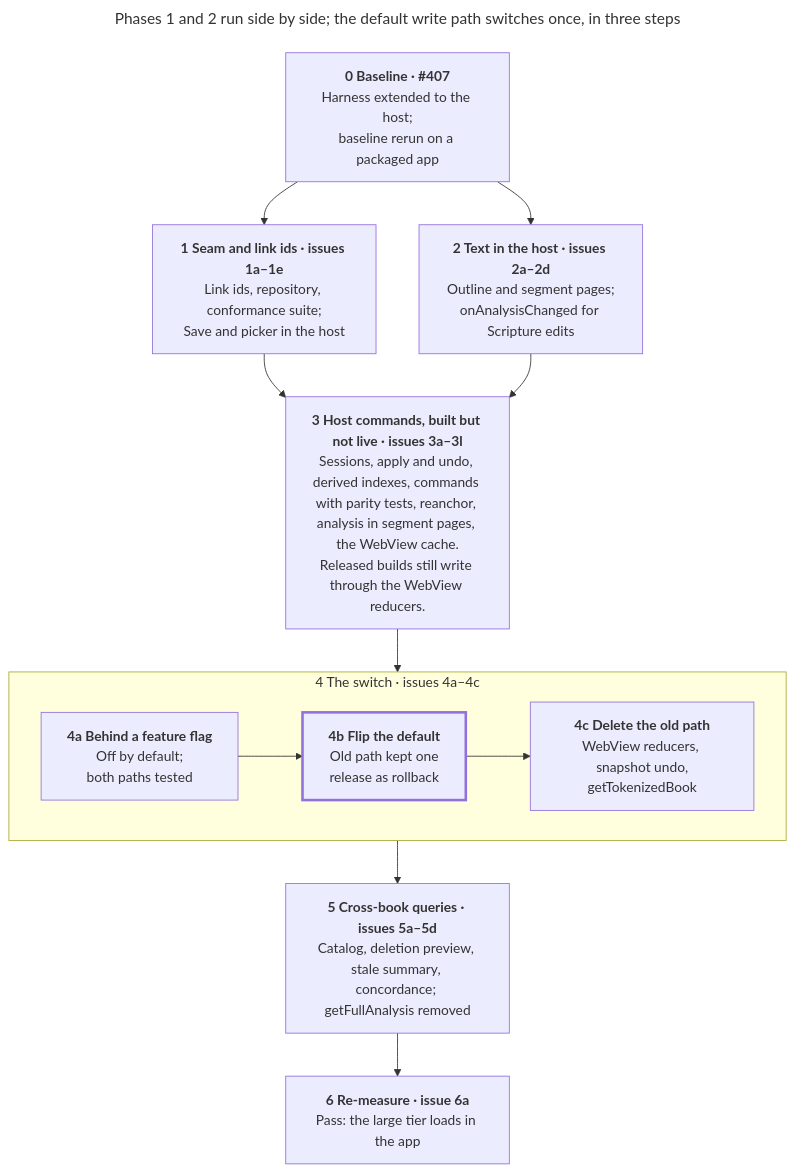
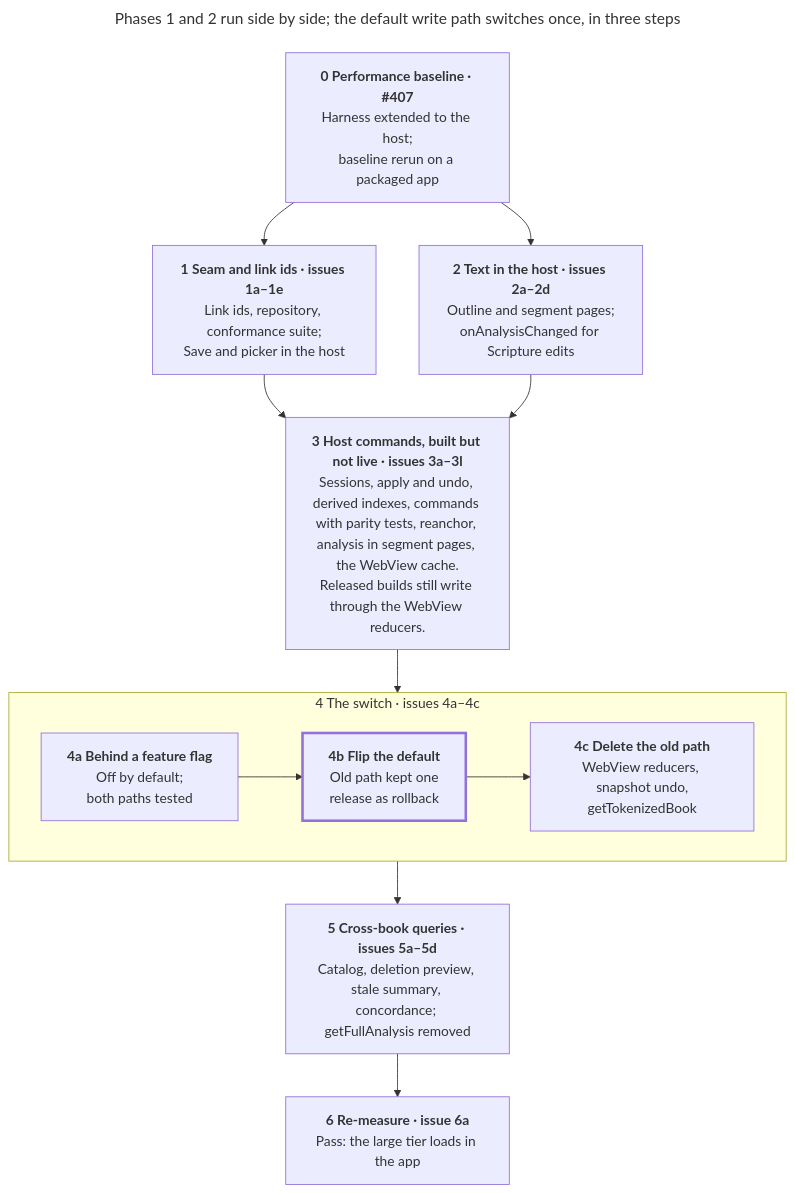
One commit to sillsdev/interlinearizer-extension changed the second of 2 diagrams in docs/data-layer-plan/plan.md. Above: the diagram before and after it, drawn with Mermaid. The commit also changed other lines of this file and 1 other file, not shown here.

````diff
--- a/docs/data-layer-plan/plan.md
+++ b/docs/data-layer-plan/plan.md
@@ -109,24 +109,24 @@
 ```mermaid
 ---
 title: Phases 1 and 2 run side by side; the default write path switches once, in three steps
 ---
 flowchart TB
-  p0["<b>0 Baseline · #407</b><br/>Harness extended to the host;<br/>baseline rerun on a packaged app"]
+  p0["<b>0 Performance baseline · #407</b><br/>Harness extended to the host;<br/>baseline rerun on a packaged app"]
   p1["<b>1 Seam and link ids · issues 1a–1e</b><br/>Link ids, repository, conformance suite;<br/>Save and picker in the host"]
   p2["<b>2 Text in the host · issues 2a–2d</b><br/>Outline and segment pages;<br/>onAnalysisChanged for Scripture edits"]
   p3["<b>3 Host commands, built but not live · issues 3a–3l</b><br/>Sessions, apply and undo, derived indexes, commands with parity tests, reanchor, analysis in segment pages, the WebView cache.<br/>Released builds still write through the WebView reducers."]
   subgraph p4["4 The switch · issues 4a–4c"]
     direction LR
     p4a["<b>4a Behind a feature flag</b><br/>Off by default;<br/>both paths tested"]
     p4b["<b>4b Flip the default</b><br/>Old path kept one<br/>release as rollback"]
     p4c["<b>4c Delete the old path</b><br/>WebView reducers, snapshot undo,<br/>getTokenizedBook"]
     p4a --> p4b --> p4c
   end
   p5["<b>5 Cross-book queries · issues 5a–5d</b><br/>Catalog, deletion preview, stale summary, concordance; getFullAnalysis removed"]
   p6["<b>6 Re-measure · issue 6a</b><br/>Pass: the large tier loads in the app"]
   p0 --> p1 & p2
   p1 & p2 --> p3
   p3 --> p4 --> p5 --> p6
   classDef flip stroke-width:3px
   class p4b flip
 ```
````
